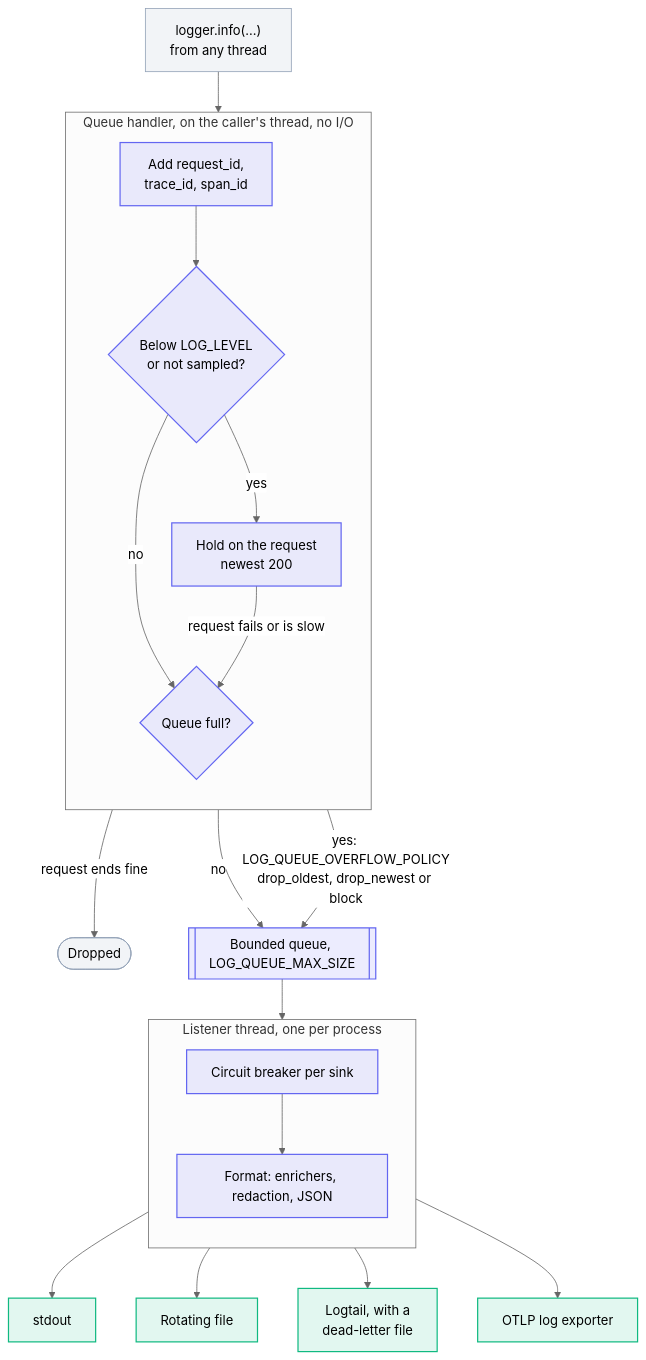
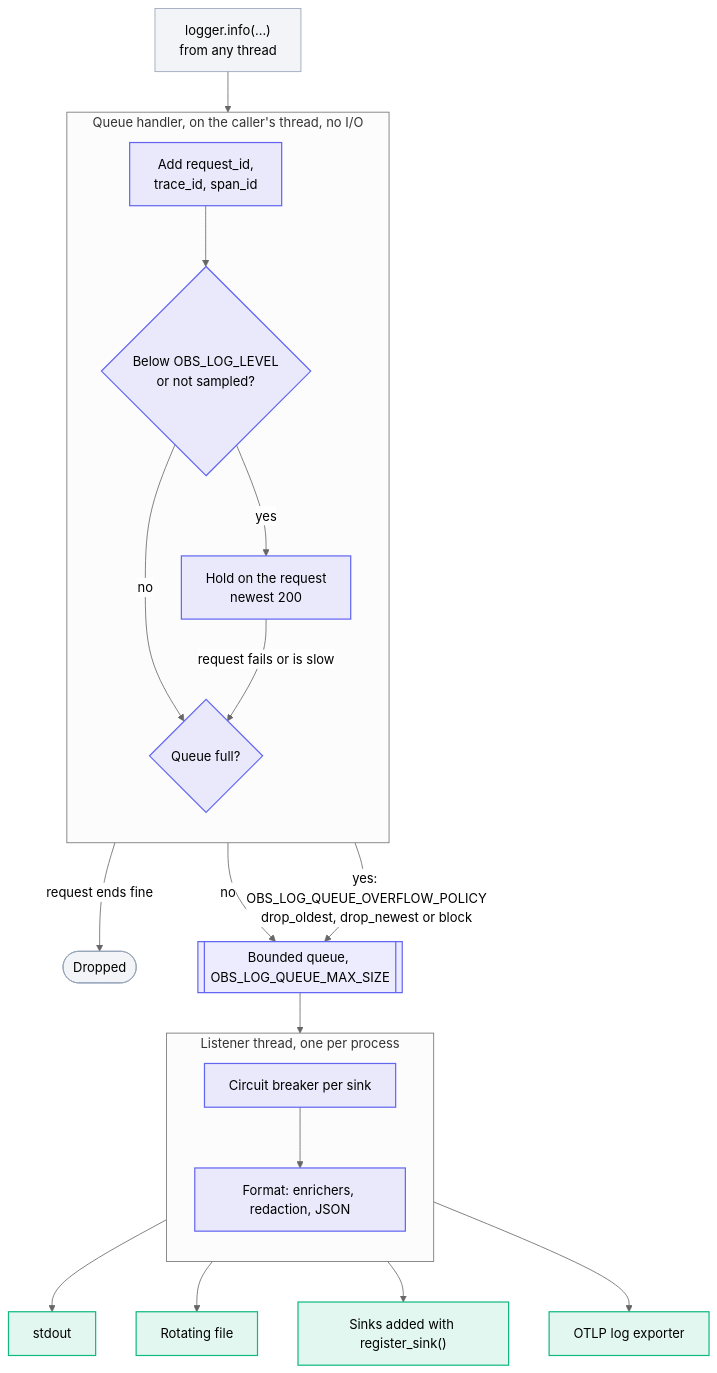
One commit to Vitaee/FastapiObserver changed the third of 4 diagrams in docs/architecture.md. Above: the diagram before and after it, drawn with Mermaid (neutral theme). The commit also changed other lines of this file and 80 other files, not shown here.

````diff
--- a/docs/architecture.md
+++ b/docs/architecture.md
@@ -119,39 +119,39 @@
 ```mermaid
 flowchart TB
   rec["logger.info(...)<br/>from any thread"]
 
   subgraph handler["Queue handler, on the caller's thread, no I/O"]
     direction TB
     ctx["Add request_id,<br/>trace_id, span_id"]
-    held{"Below LOG_LEVEL<br/>or not sampled?"}
+    held{"Below OBS_LOG_LEVEL<br/>or not sampled?"}
     hold["Hold on the request<br/>newest 200"]
     full{"Queue full?"}
     ctx --> held
     held -- "no" --> full
     held -- "yes" --> hold
     hold -- "request fails or is slow" --> full
   end
 
   rec --> ctx
   hold -- "request ends fine" --> dropped(["Dropped"])
-  full -- "no" --> queue[["Bounded queue, LOG_QUEUE_MAX_SIZE"]]
-  full -- "yes: LOG_QUEUE_OVERFLOW_POLICY<br/>drop_oldest, drop_newest or block" --> queue
+  full -- "no" --> queue[["Bounded queue, OBS_LOG_QUEUE_MAX_SIZE"]]
+  full -- "yes: OBS_LOG_QUEUE_OVERFLOW_POLICY<br/>drop_oldest, drop_newest or block" --> queue
 
   subgraph listener["Listener thread, one per process"]
     direction TB
     breaker["Circuit breaker per sink"] --> fmt["Format: enrichers, redaction, JSON"]
   end
 
   queue --> breaker
   fmt --> stdout["stdout"]
   fmt --> file["Rotating file"]
-  fmt --> logtail["Logtail, with a<br/>dead-letter file"]
+  fmt --> custom["Sinks added with register_sink()"]
   fmt --> otlp["OTLP log exporter"]
 
   classDef lib fill:#6366f11f,stroke:#6366f1,stroke-width:1.5px
   classDef out fill:#10b9811f,stroke:#10b981,stroke-width:1.5px
   classDef muted fill:#94a3b81f,stroke:#94a3b8
   class ctx,held,hold,full,queue,breaker,fmt lib
-  class stdout,file,logtail,otlp out
+  class stdout,file,custom,otlp out
   class rec,dropped muted
 ```
````
